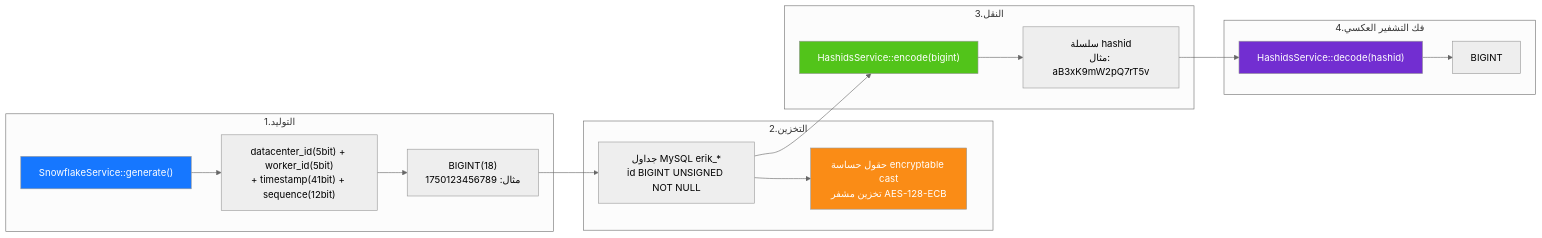
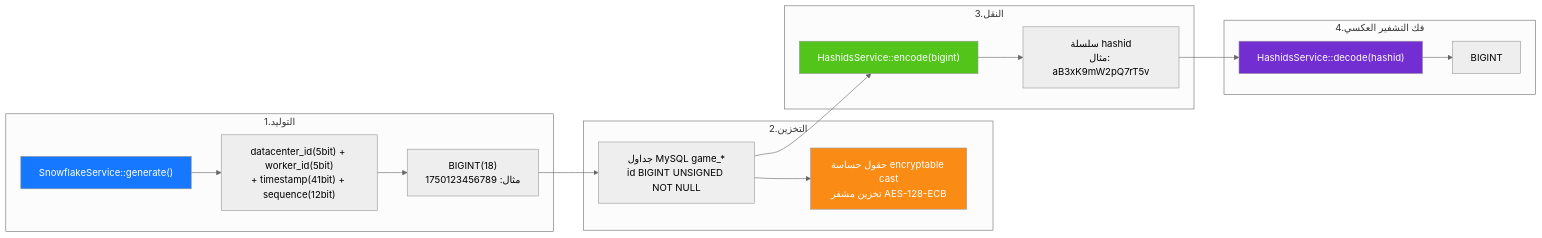
The diagram in admin/docs/diagrams/06-id-lifecycle.ar.md (erikwang2013/game-platform-php), drawn with Mermaid (neutral theme) before and after one commit. The commit also changed 345 other files, not shown here.

````diff
--- a/admin/docs/diagrams/06-id-lifecycle.ar.md
+++ b/admin/docs/diagrams/06-id-lifecycle.ar.md
@@ -7,32 +7,32 @@
 ```mermaid
 flowchart LR
     subgraph gen["1.التوليد"]
         g1["SnowflakeService::generate()"]
         g2["datacenter_id(5bit) + worker_id(5bit)<br/>+ timestamp(41bit) + sequence(12bit)"]
         g3["BIGINT(18)<br/>مثال: 1750123456789"]
         g1 --> g2 --> g3
     end
 
     subgraph store["2.التخزين"]
-        s1["جداول MySQL erik_*<br/>id BIGINT UNSIGNED NOT NULL"]
+        s1["جداول MySQL game_*<br/>id BIGINT UNSIGNED NOT NULL"]
         s2["حقول حساسة encryptable cast<br/>تخزين مشفر AES-128-ECB"]
         g3 --> s1 --> s2
     end
 
     subgraph transfer["3.النقل"]
         t1["HashidsService::encode(bigint)"]
         t2["سلسلة hashid<br/>مثال: aB3xK9mW2pQ7rT5v"]
         s1 --> t1 --> t2
     end
 
     subgraph reverse["4.فك التشفير العكسي"]
         r1["HashidsService::decode(hashid)"]
         r2["BIGINT"]
         t2 --> r1 --> r2
     end
 
     style g1 fill:#1677FF,color:#fff
     style s2 fill:#FA8C16,color:#fff
     style t1 fill:#52C41A,color:#fff
     style r1 fill:#722ED1,color:#fff
 ```
````
